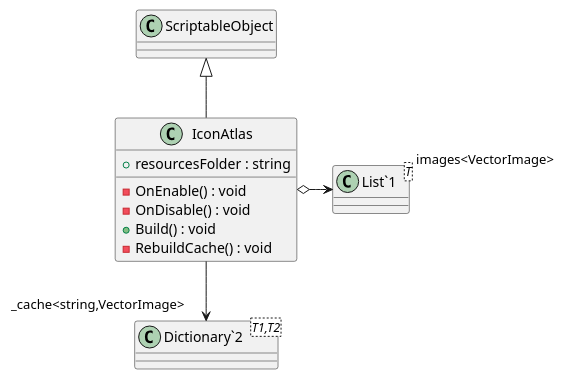
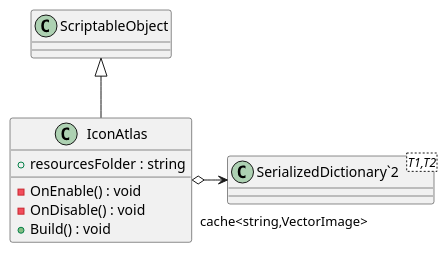
One commit to Ubus99/AVRO-Simulation changed the diagram in Assets/Documentation/UML/Scripts/UI/Icons/IconAtlas.puml. Above: the diagram before and after it, drawn with PlantUML. The commit also changed 57 other files, not shown here.

```diff
--- a/Assets/Documentation/UML/Scripts/UI/Icons/IconAtlas.puml
+++ b/Assets/Documentation/UML/Scripts/UI/Icons/IconAtlas.puml
@@ -1,16 +1,12 @@
 @startuml
 class IconAtlas {
     + resourcesFolder : string
     - OnEnable() : void
     - OnDisable() : void
     + Build() : void
-    - RebuildCache() : void
 }
-class "List`1"<T> {
-}
-class "Dictionary`2"<T1,T2> {
+class "SerializedDictionary`2"<T1,T2> {
 }
 ScriptableObject <|-- IconAtlas
-IconAtlas o-> "images<VectorImage>" "List`1"
-IconAtlas --> "_cache<string,VectorImage>" "Dictionary`2"
+IconAtlas o-> "cache<string,VectorImage>" "SerializedDictionary`2"
 @enduml
```
